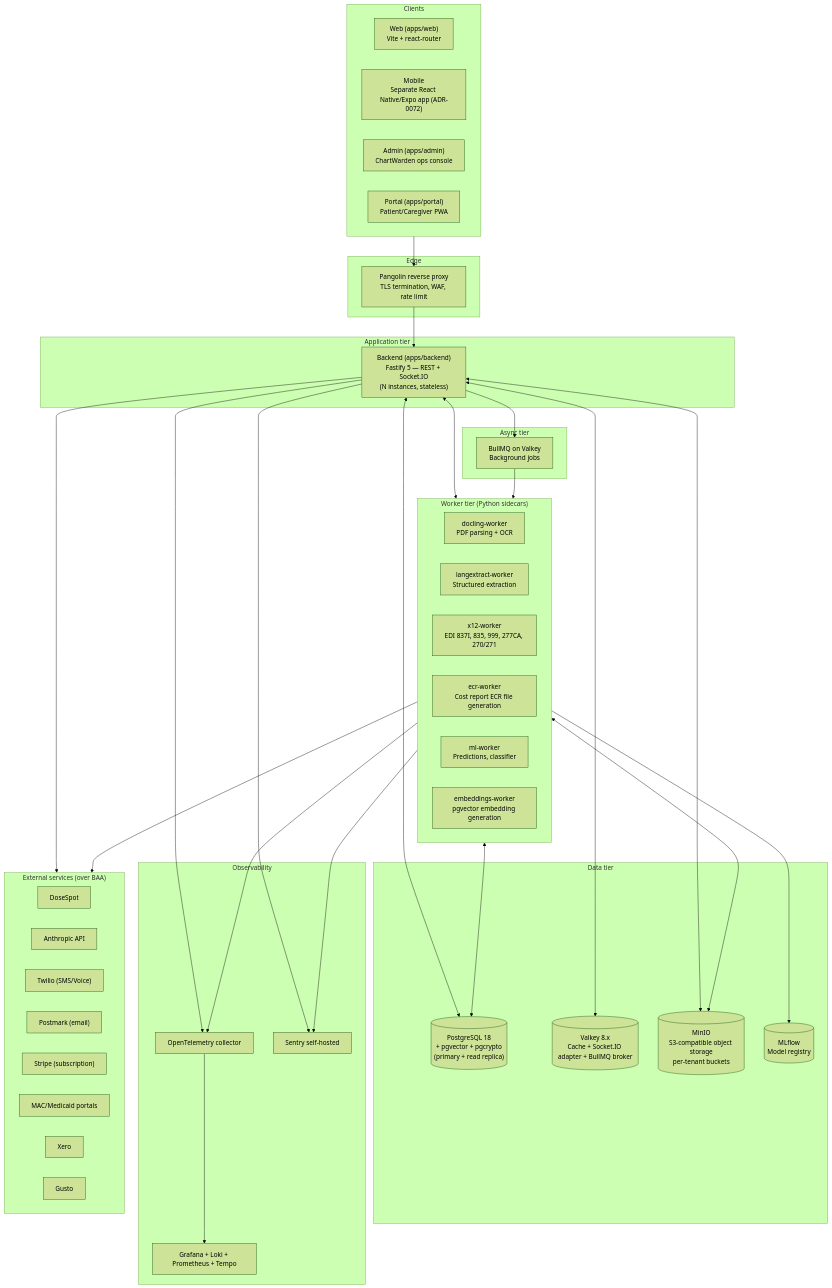
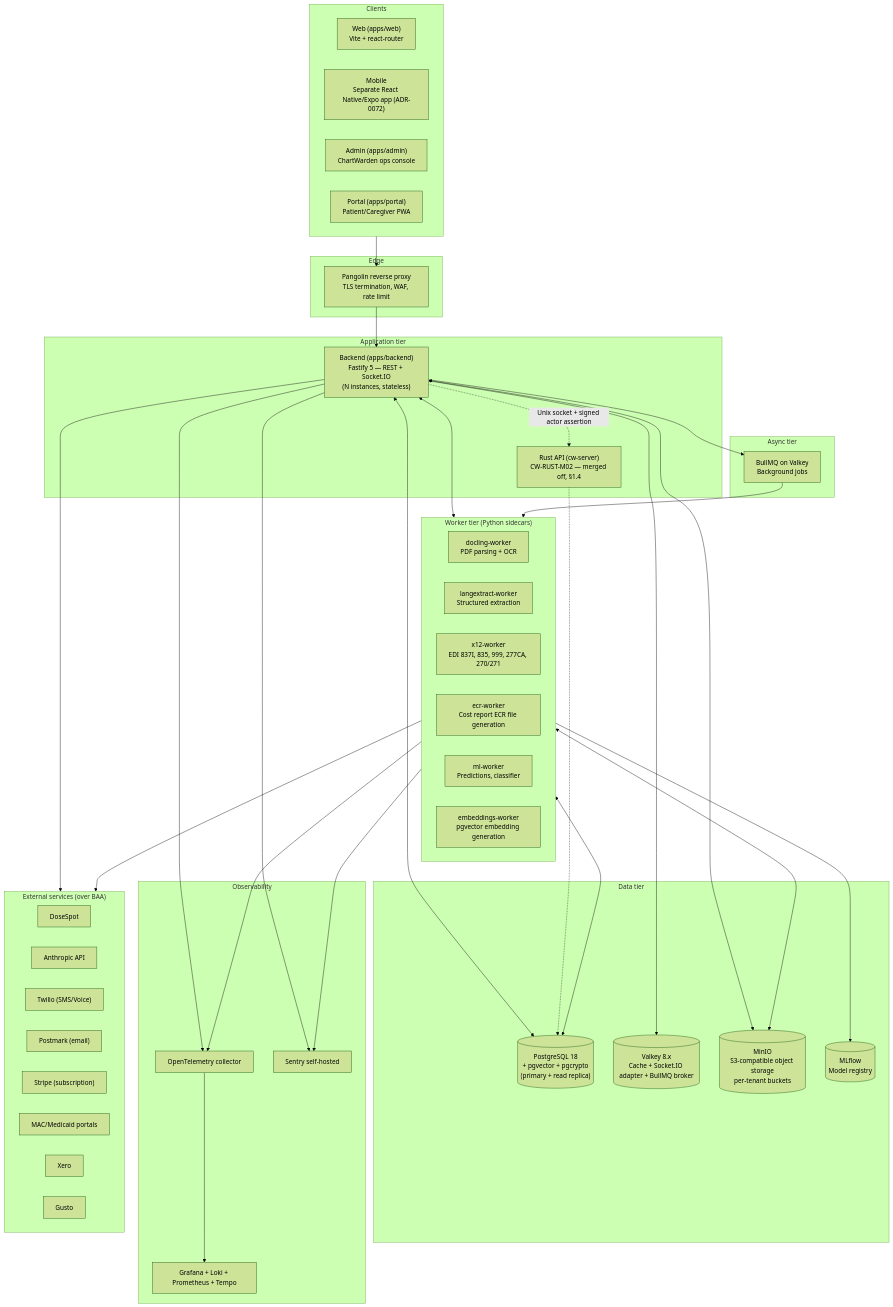
One commit to Engrace-Hospice/chartwarden changed the first of 12 diagrams in docs/architecture/CHARTWARDEN_SYSTEM_DESIGN_v0.3.md. Above: the diagram before and after it, drawn with Mermaid (forest theme). The commit also changed other lines of this file and 11 other files, not shown here.

````diff
--- a/docs/architecture/CHARTWARDEN_SYSTEM_DESIGN_v0.3.md
+++ b/docs/architecture/CHARTWARDEN_SYSTEM_DESIGN_v0.3.md
@@ -24,69 +24,72 @@
 ```mermaid
 flowchart TB
   subgraph clients["Clients"]
     web["Web (apps/web)<br/>Vite + react-router"]
     mobile["Mobile<br/>Separate React Native/Expo app (ADR-0072)"]
     admin["Admin (apps/admin)<br/>ChartWarden ops console"]
     portal["Portal (apps/portal)<br/>Patient/Caregiver PWA"]
   end
 
   subgraph edge["Edge"]
     pangolin["Pangolin reverse proxy<br/>TLS termination, WAF, rate limit"]
   end
 
   subgraph app["Application tier"]
     backend["Backend (apps/backend)<br/>Fastify 5 — REST + Socket.IO<br/>(N instances, stateless)"]
+    rust["Rust API (cw-server)<br/>CW-RUST-M02 — merged off, §1.4"]
   end
 
   subgraph workers["Worker tier (Python sidecars)"]
     docling["docling-worker<br/>PDF parsing + OCR"]
     langextract["langextract-worker<br/>Structured extraction"]
     x12["x12-worker<br/>EDI 837I, 835, 999, 277CA, 270/271"]
     ecr["ecr-worker<br/>Cost report ECR file generation"]
     ml["ml-worker<br/>Predictions, classifier"]
     embeddings["embeddings-worker<br/>pgvector embedding generation"]
   end
 
   subgraph queues["Async tier"]
     bullmq["BullMQ on Valkey<br/>Background jobs"]
   end
 
   subgraph data["Data tier"]
     pg[("PostgreSQL 18<br/>+ pgvector + pgcrypto<br/>(primary + read replica)")]
     valkey[("Valkey 8.x<br/>Cache + Socket.IO adapter + BullMQ broker")]
     minio[("MinIO<br/>S3-compatible object storage<br/>per-tenant buckets")]
     mlflow[("MLflow<br/>Model registry")]
   end
 
   subgraph observability["Observability"]
     otel["OpenTelemetry collector"]
     grafana["Grafana + Loki + Prometheus + Tempo"]
     sentry["Sentry self-hosted"]
   end
 
   subgraph external["External services (over BAA)"]
     dosespot["DoseSpot"]
     anthropic["Anthropic API"]
     twilio["Twilio (SMS/Voice)"]
     postmark["Postmark (email)"]
     stripe["Stripe (subscription)"]
     mac["MAC/Medicaid portals"]
     xero["Xero"]
     gusto["Gusto"]
   end
 
   clients --> pangolin --> backend
   backend <--> pg
   backend <--> valkey
   backend <--> minio
   backend --> bullmq
   backend <--> workers
   bullmq --> workers
   workers <--> pg
   workers <--> minio
   workers --> mlflow
   backend --> external
   workers --> external
   backend & workers --> otel --> grafana
   backend & workers --> sentry
+  backend -.->|"Unix socket + signed actor assertion"| rust
+  rust -.-> pg
 ```
````
